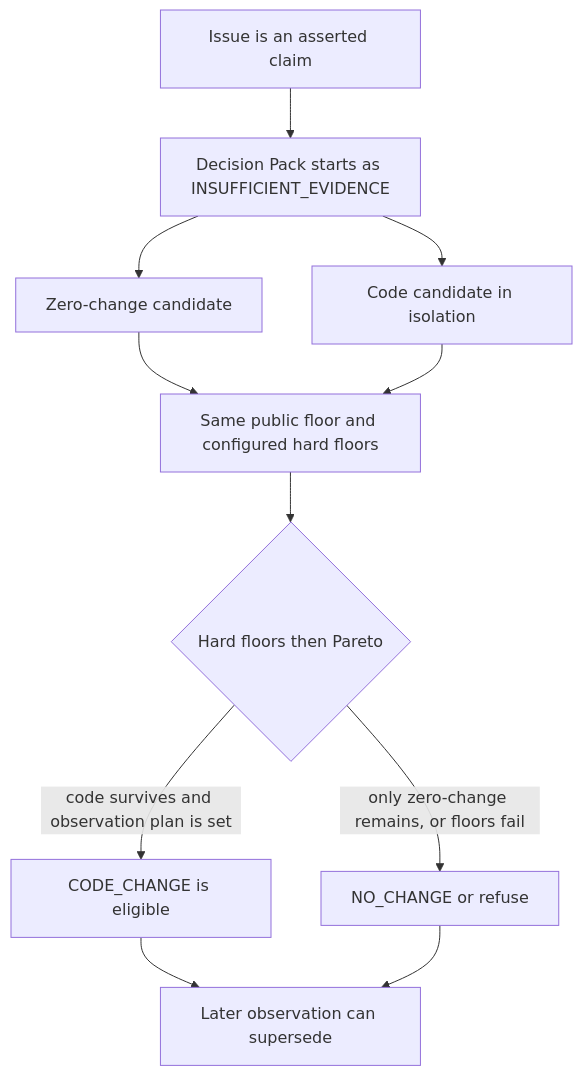
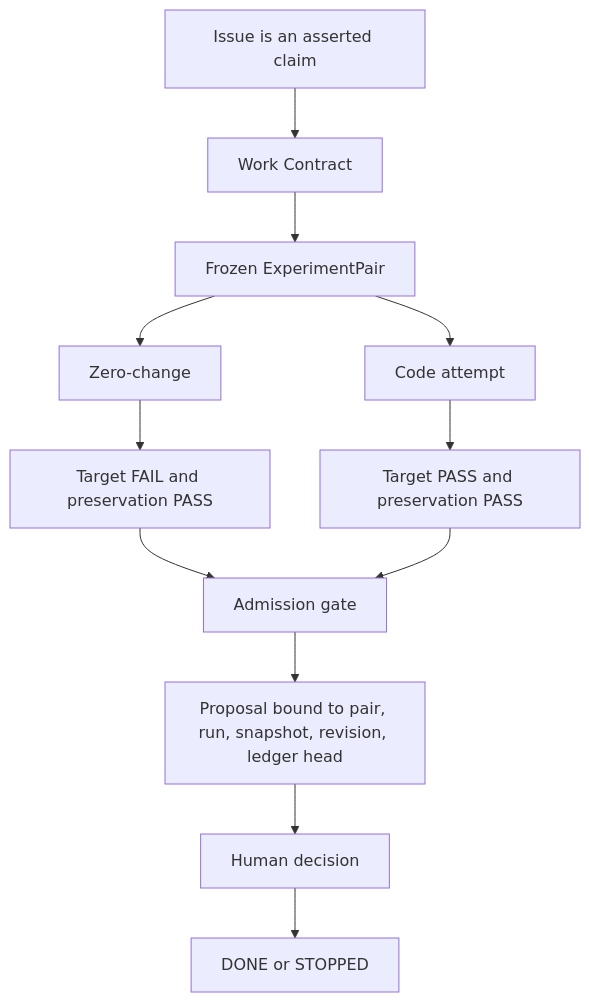
The diagram in README.md (kuil09/mosaic), drawn with Mermaid before and after one commit. The commit also changed other lines of this file and 38 other files, not shown here.

````diff
--- a/README.md
+++ b/README.md
@@ -50,13 +60,14 @@
 ```mermaid
 flowchart TD
-  issue["Issue is an asserted claim"] --> pack["Decision Pack starts as INSUFFICIENT_EVIDENCE"]
-  pack --> zero["Zero-change candidate"]
-  pack --> code["Code candidate in isolation"]
-  zero --> floors["Same public floor and configured hard floors"]
-  code --> floors
-  floors --> admit{"Hard floors then Pareto"}
-  admit -->|"code survives and observation plan is set"| change["CODE_CHANGE is eligible"]
-  admit -->|"only zero-change remains, or floors fail"| nochg["NO_CHANGE or refuse"]
-  change --> observe["Later observation can supersede"]
-  nochg --> observe
+  issue["Issue is an asserted claim"] --> contract["Work Contract"]
+  contract --> pair["Frozen ExperimentPair"]
+  pair --> zero["Zero-change"]
+  pair --> code["Code attempt"]
+  zero --> relation["Target FAIL and preservation PASS"]
+  code --> relation2["Target PASS and preservation PASS"]
+  relation --> admit["Admission gate"]
+  relation2 --> admit
+  admit --> proposal["Proposal bound to pair, run, snapshot, revision, ledger head"]
+  proposal --> human["Human decision"]
+  human --> finish["DONE or STOPPED"]
 ```
````
